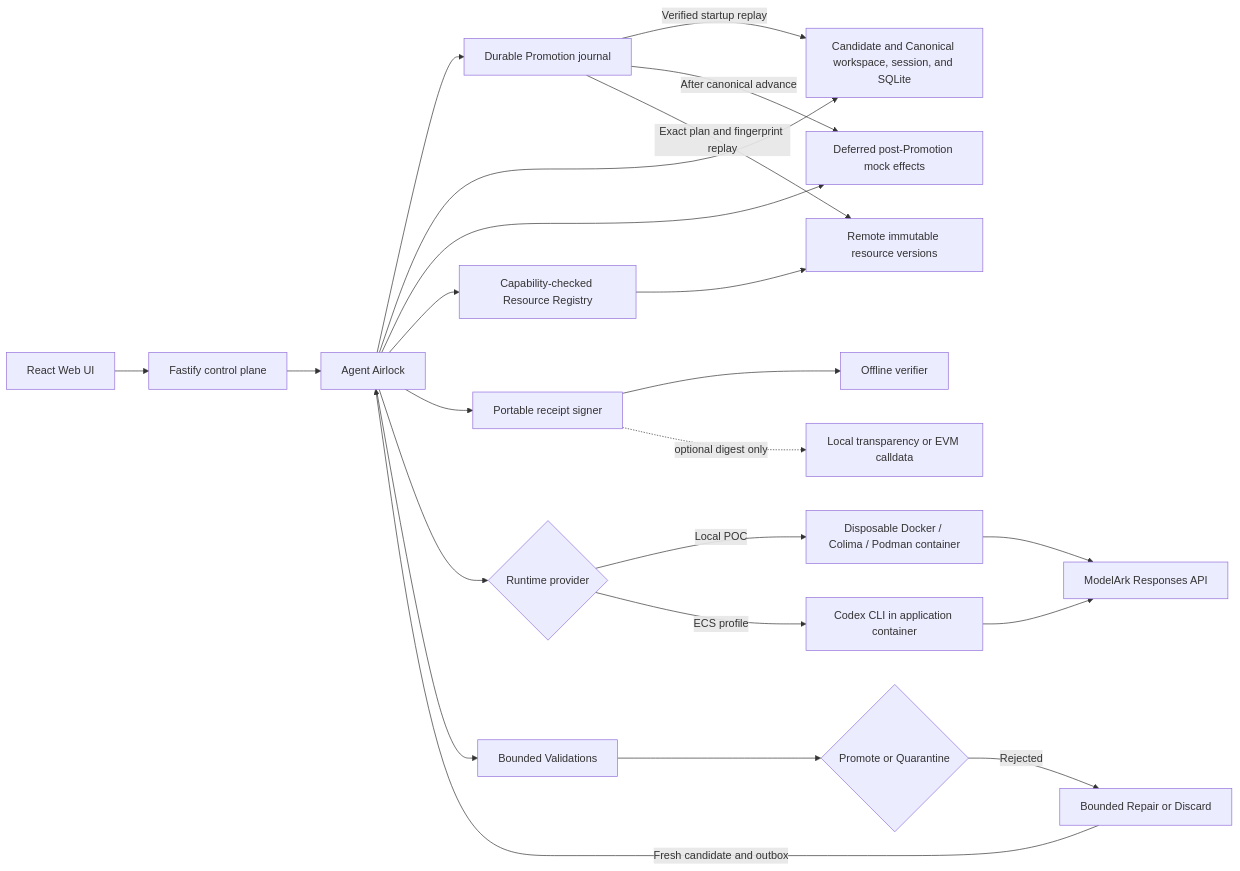
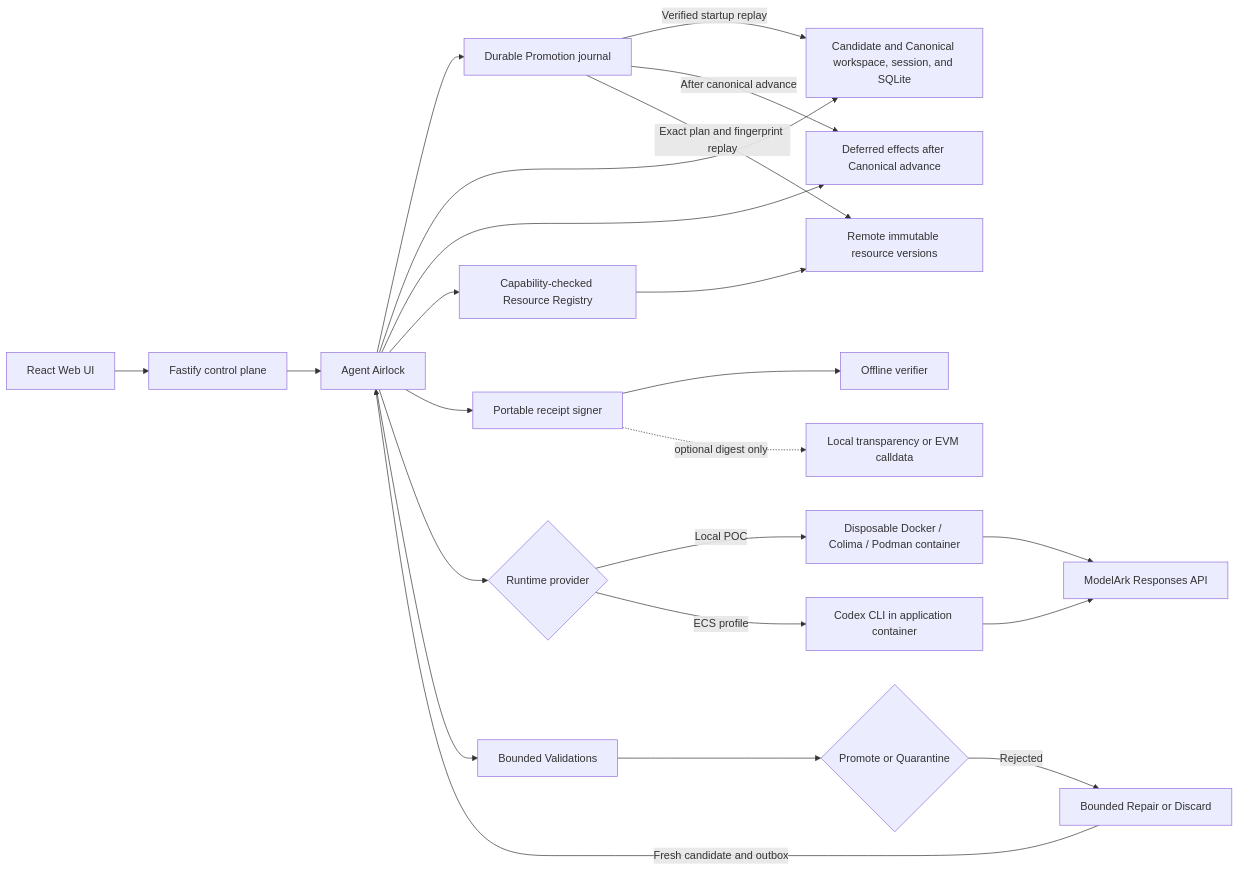
Before and after one commit to Kk120306/agent-airlock: the diagram in README.md, drawn with Mermaid. The commit also changed other lines of this file and 99 other files, not shown here.

````diff
--- a/README.md
+++ b/README.md
@@ -611,25 +645,25 @@
 ```mermaid
 flowchart LR
     UI["React Web UI"] --> API["Fastify control plane"]
     API --> Airlock["Agent Airlock"]
     Airlock --> Journal["Durable Promotion journal"]
     Airlock --> Store["Candidate and Canonical workspace, session, and SQLite"]
-    Airlock --> Effects["Deferred post-Promotion mock effects"]
+    Airlock --> Effects["Deferred effects after Canonical advance"]
     Airlock --> Registry["Capability-checked Resource Registry"]
     Airlock --> Receipt["Portable receipt signer"]
     Receipt --> Verifier["Offline verifier"]
     Receipt -. optional digest only .-> Transparency["Local transparency or EVM calldata"]
     Registry --> Provider["Remote immutable resource versions"]
     Airlock --> Runtime{"Runtime provider"}
     Runtime -->|Local POC| Container["Disposable Docker / Colima / Podman container"]
     Runtime -->|ECS profile| Codex["Codex CLI in application container"]
     Airlock --> Validate["Bounded Validations"]
     Validate --> Decision{"Promote or Quarantine"}
     Decision -->|Rejected| Repair["Bounded Repair or Discard"]
     Journal -->|Verified startup replay| Store
     Journal -->|After canonical advance| Effects
     Journal -->|Exact plan and fingerprint replay| Provider
     Repair -->|Fresh candidate and outbox| Airlock
     Container --> Ark["ModelArk Responses API"]
     Codex --> Ark
 ```
````
